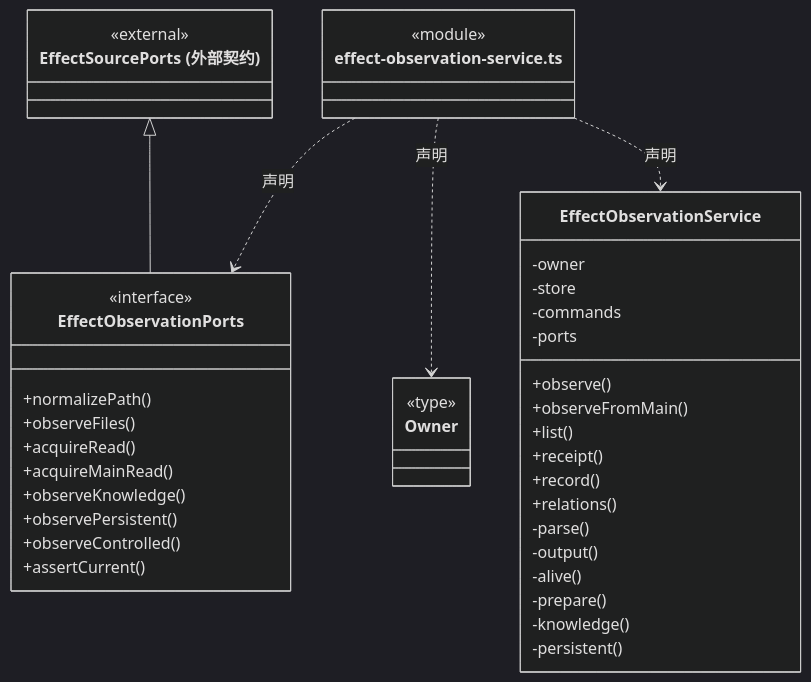
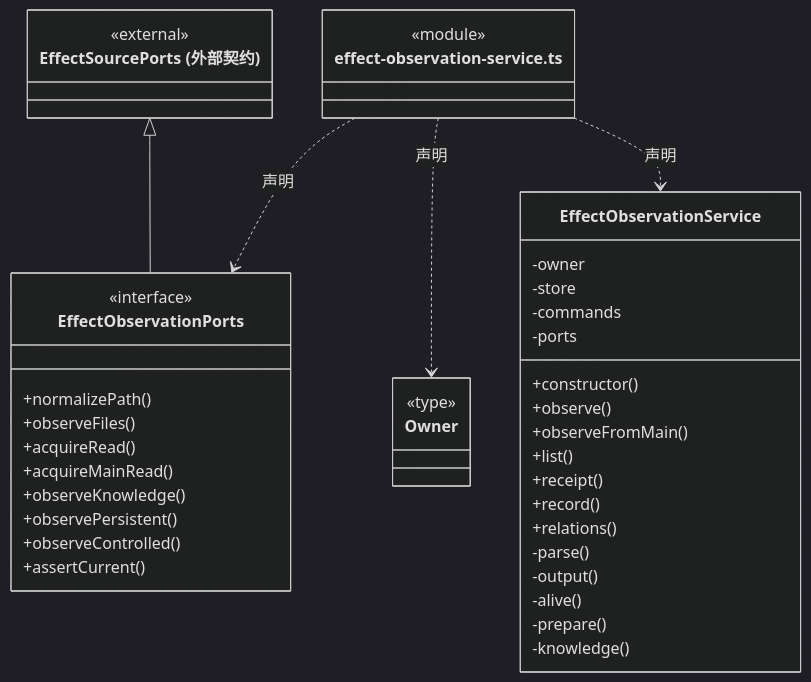
One commit to nan023062/cbim changed the seventh of 23 diagrams in src/logic/evidence/runtime/ARCHITECTURE.md. Above: the diagram before and after it, drawn with Mermaid (dark theme). The commit also changed other lines of this file and 139 other files, not shown here.

Commit message:
docs(architecture): add source reading paths and complete file inventories

````diff
--- a/src/logic/evidence/runtime/ARCHITECTURE.md
+++ b/src/logic/evidence/runtime/ARCHITECTURE.md
@@ -160,46 +167,46 @@
 ```mermaid
 classDiagram
 class N_src_logic_evidence_runtime_effect_observation_service_ts["effect-observation-service.ts"] {
   <<module>>
 }
 class N_src_logic_evidence_runtime_effect_observation_service_ts_EffectObservationPorts["EffectObservationPorts"] {
   <<interface>>
   +normalizePath()
   +observeFiles()
   +acquireRead()
   +acquireMainRead()
   +observeKnowledge()
   +observePersistent()
   +observeControlled()
   +assertCurrent()
 }
 N_src_logic_evidence_runtime_effect_observation_service_ts ..> N_src_logic_evidence_runtime_effect_observation_service_ts_EffectObservationPorts : 声明
 class N_src_logic_evidence_runtime_effect_observation_service_ts_external_EffectSourcePorts["EffectSourcePorts (外部契约)"] {
   <<external>>
 }
 N_src_logic_evidence_runtime_effect_observation_service_ts_external_EffectSourcePorts <|-- N_src_logic_evidence_runtime_effect_observation_service_ts_EffectObservationPorts
 class N_src_logic_evidence_runtime_effect_observation_service_ts_Owner["Owner"] {
   <<type>>
 
 }
 N_src_logic_evidence_runtime_effect_observation_service_ts ..> N_src_logic_evidence_runtime_effect_observation_service_ts_Owner : 声明
 class N_src_logic_evidence_runtime_effect_observation_service_ts_EffectObservationService["EffectObservationService"] {
+  +constructor()
   +observe()
   +observeFromMain()
   +list()
   +receipt()
   +record()
   +relations()
   -owner
   -store
   -commands
   -ports
   -parse()
   -output()
   -alive()
   -prepare()
   -knowledge()
-  -persistent()
 }
 N_src_logic_evidence_runtime_effect_observation_service_ts ..> N_src_logic_evidence_runtime_effect_observation_service_ts_EffectObservationService : 声明
 ```
````
